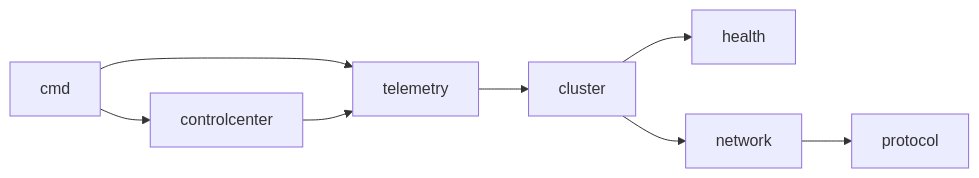
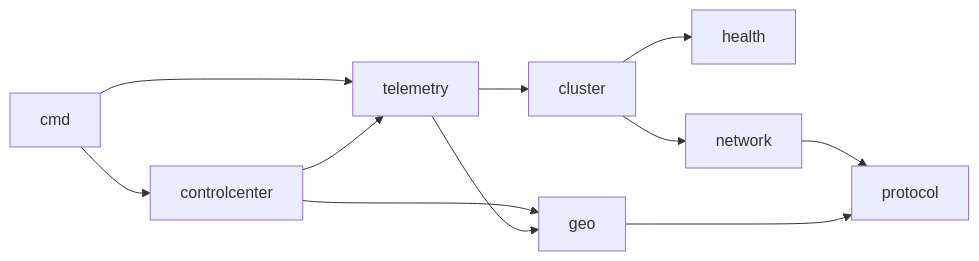
Before and after one commit to Aditya-Jyoti/swarm-communication: the fourth of 4 diagrams in docs/architecture/overview.md, drawn with Mermaid. The commit also changed other lines of this file and 1 other file, not shown here.

Commit message:
docs(architecture): add pkg/geo and the drone dashboard to the overview and layout

````diff
--- a/docs/architecture/overview.md
+++ b/docs/architecture/overview.md
@@ -125,10 +139,13 @@
 ```mermaid
 flowchart LR
     CMD[cmd] --> CC[controlcenter]
     CMD --> T[telemetry]
     CC --> T
+    CC --> G[geo]
+    T --> G
     T --> CL[cluster]
     CL --> H[health]
     CL --> N[network]
     N --> P[protocol]
+    G --> P
 ```
````
